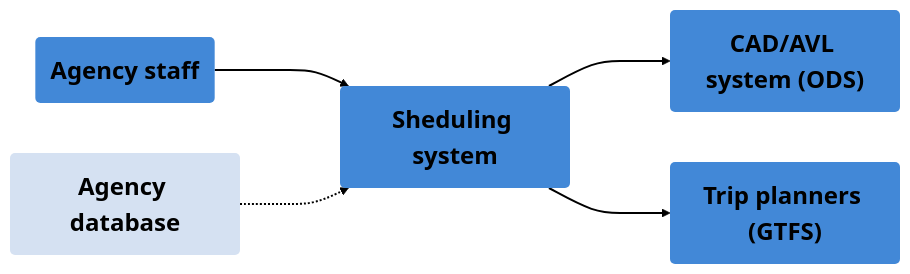
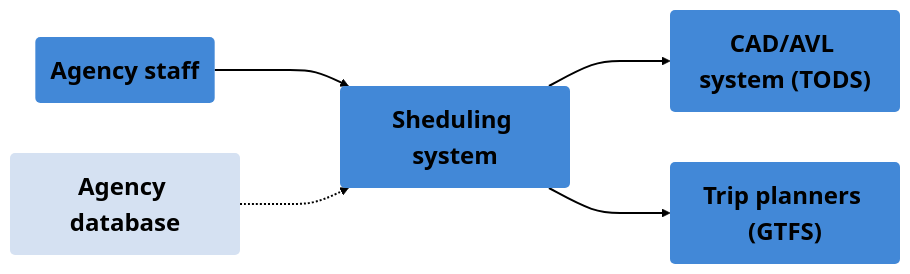
Before and after one commit to MobilityData/Mobility-Data-Interoperability-Principles: the first of 4 diagrams in docs/en/procurement.md, drawn with Mermaid (neutral theme). The commit also changed other lines of this file, not shown here.

Commit message:
Renamed ODS --> TODS

````diff
--- a/docs/en/procurement.md
+++ b/docs/en/procurement.md
@@ -148,19 +148,19 @@
 ``` mermaid
 graph LR
   classDef darkblue fill:#4288d7,stroke-width:0px,font-weight:bold,font-size:24px;
   classDef lightblue fill:#d5e1f2,stroke-width:0px,font-weight:bold,font-size:24px;
 
   A("Agency staff") ---> C("Sheduling system");
   B("Agency database") -..-> C;
-  C ---> D("CAD/AVL system (ODS)");
+  C ---> D("CAD/AVL system (TODS)");
   C ---> E("Trip planners (GTFS)");
 
   class A,C,D,E darkblue
   class B lightblue
 
   linkStyle 0 stroke:#000000,stroke-width:2px
   linkStyle 1 stroke:#000000,stroke-width:2px
   linkStyle 2 stroke:#000000,stroke-width:2px
   linkStyle 3 stroke:#000000,stroke-width:2px
 
 ```
````
